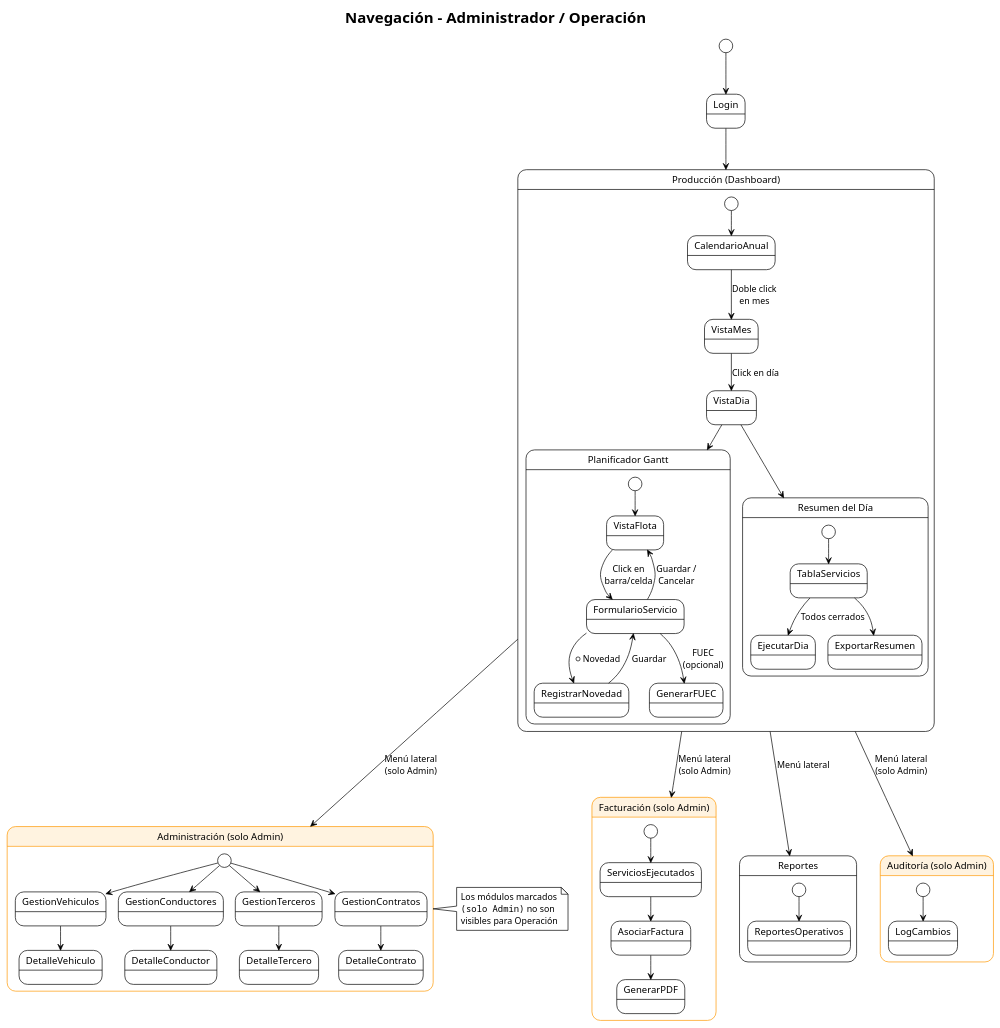
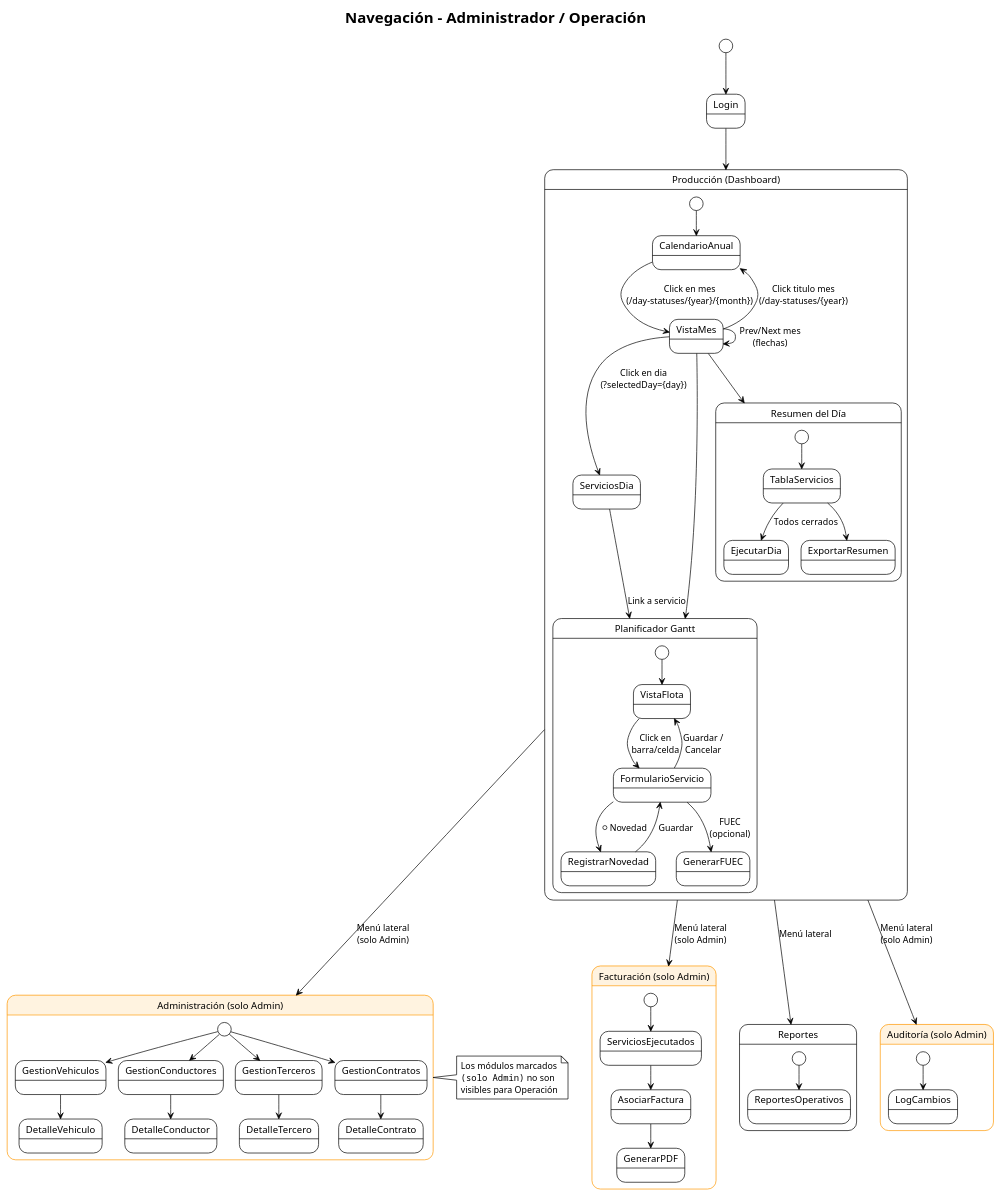
Before and after one commit to cristian-home/sgte-app: the second of 8 diagrams in docs/navegacion.md, drawn with PlantUML. The commit also changed other lines of this file and 15 other files, not shown here.

First line of the commit message:
feat(calendar): implement path-based calendar navigation with month detail and inline day services

````diff
--- a/docs/navegacion.md
+++ b/docs/navegacion.md
@@ -86,73 +86,76 @@
 ```plantuml
 @startuml
 !theme plain
 title Navegación - Administrador / Operación
 skinparam state {
   BackgroundColor<<admin>> #FFF3E0
   BorderColor<<admin>> #FF9800
 }
 
 [*] --> Login
 Login --> Dashboard
 
 state "Producción (Dashboard)" as Dashboard {
   [*] --> CalendarioAnual
-  CalendarioAnual --> VistaMes : Doble click\nen mes
-  VistaMes --> VistaDia : Click en día
-  VistaDia --> GanttDiario
-  VistaDia --> ResumenDia
+  CalendarioAnual --> VistaMes : Click en mes\n(/day-statuses/{year}/{month})
+  VistaMes --> VistaMes : Prev/Next mes\n(flechas)
+  VistaMes --> CalendarioAnual : Click titulo mes\n(/day-statuses/{year})
+  VistaMes --> ServiciosDia : Click en dia\n(?selectedDay={day})
+  ServiciosDia --> GanttDiario : Link a servicio
+  VistaMes --> GanttDiario
+  VistaMes --> ResumenDia
 }
 
 state "Planificador Gantt" as GanttDiario {
   [*] --> VistaFlota
   VistaFlota --> FormularioServicio : Click en\nbarra/celda
   FormularioServicio --> VistaFlota : Guardar /\nCancelar
   FormularioServicio --> RegistrarNovedad : + Novedad
   RegistrarNovedad --> FormularioServicio : Guardar
   FormularioServicio --> GenerarFUEC : FUEC\n(opcional)
 }
 
 state "Resumen del Día" as ResumenDia {
   [*] --> TablaServicios
   TablaServicios --> EjecutarDia : Todos cerrados
   TablaServicios --> ExportarResumen
 }
 
 state "Administración (solo Admin)" as Administracion <<admin>> {
   [*] --> GestionVehiculos
   [*] --> GestionConductores
   [*] --> GestionTerceros
   [*] --> GestionContratos
   GestionVehiculos --> DetalleVehiculo
   GestionConductores --> DetalleConductor
   GestionTerceros --> DetalleTercero
   GestionContratos --> DetalleContrato
 }
 
 state "Facturación (solo Admin)" as Facturacion <<admin>> {
   [*] --> ServiciosEjecutados
   ServiciosEjecutados --> AsociarFactura
   AsociarFactura --> GenerarPDF
 }
 
 state "Reportes" as Reportes {
   [*] --> ReportesOperativos
 }
 
 state "Auditoría (solo Admin)" as Auditoria <<admin>> {
   [*] --> LogCambios
 }
 
 Dashboard --> Administracion : Menú lateral\n(solo Admin)
 Dashboard --> Facturacion : Menú lateral\n(solo Admin)
 Dashboard --> Reportes : Menú lateral
 Dashboard --> Auditoria : Menú lateral\n(solo Admin)
 
 note right of Administracion
   Los módulos marcados
   ""(solo Admin)"" no son
   visibles para Operación
 end note
 
 @enduml
 ```
````
